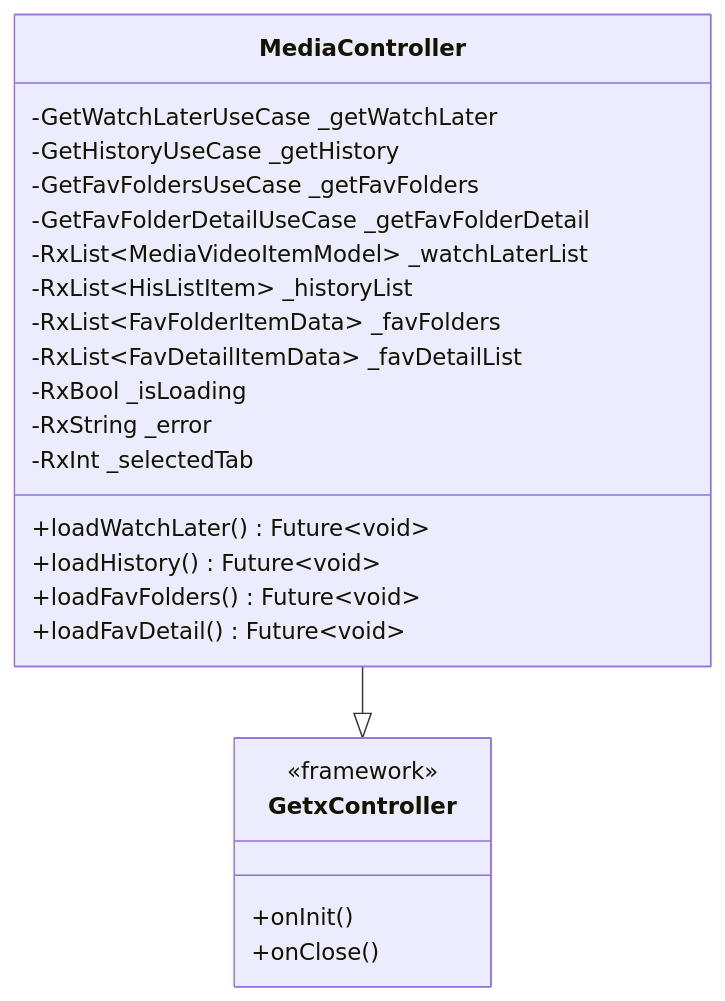
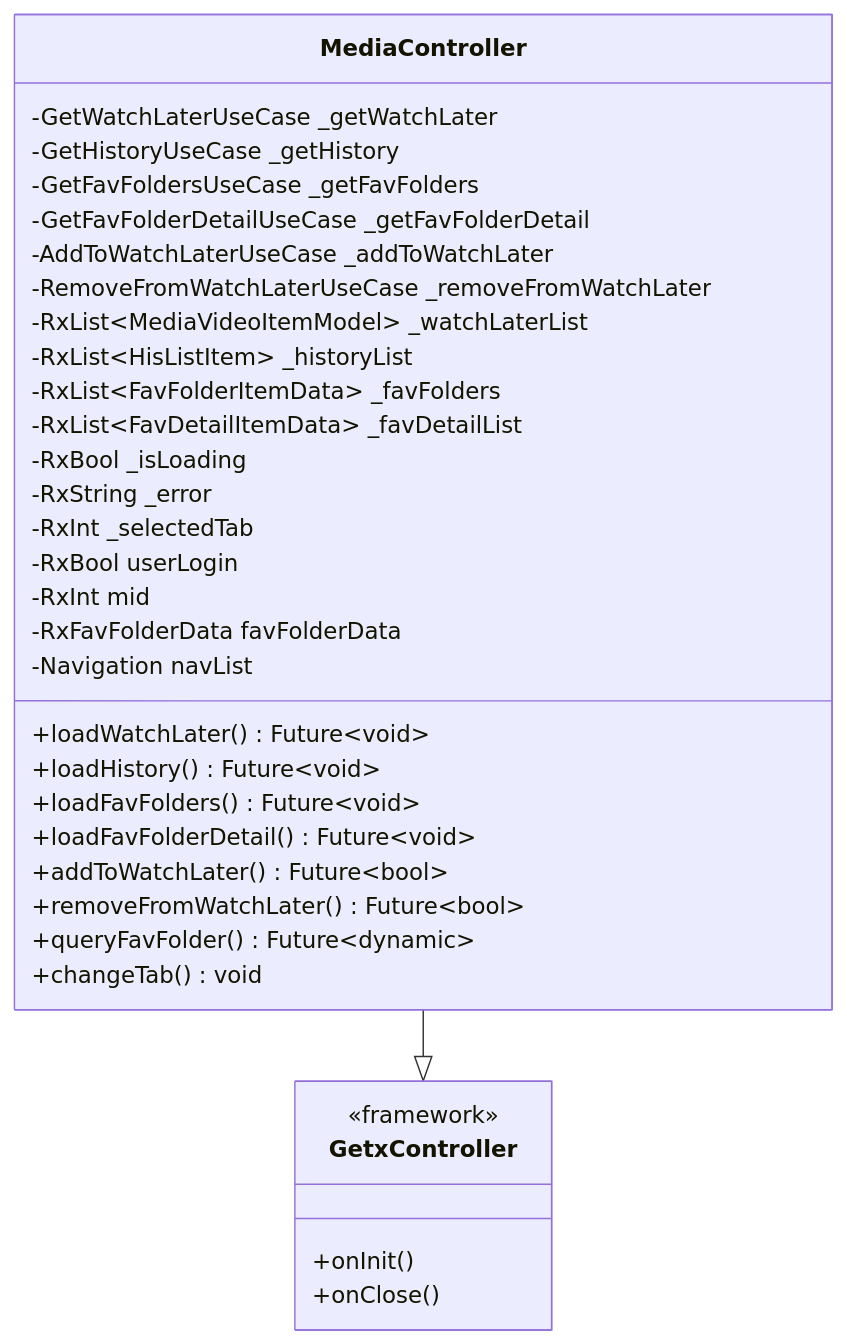
The ninth of 19 diagrams in .qoder/repowiki/zh/content/核心模块/功能模块/媒体管理模块.md (justLXX/pilipala), drawn with Mermaid before and after one commit. The commit also changed other lines of this file and 194 other files, not shown here.

````diff
--- a/.qoder/repowiki/zh/content/核心模块/功能模块/媒体管理模块.md
+++ b/.qoder/repowiki/zh/content/核心模块/功能模块/媒体管理模块.md
@@ -291,26 +427,36 @@
 ```mermaid
 classDiagram
 class MediaController {
 -GetWatchLaterUseCase _getWatchLater
 -GetHistoryUseCase _getHistory
 -GetFavFoldersUseCase _getFavFolders
 -GetFavFolderDetailUseCase _getFavFolderDetail
+-AddToWatchLaterUseCase _addToWatchLater
+-RemoveFromWatchLaterUseCase _removeFromWatchLater
 -RxList~MediaVideoItemModel~ _watchLaterList
 -RxList~HisListItem~ _historyList
 -RxList~FavFolderItemData~ _favFolders
 -RxList~FavDetailItemData~ _favDetailList
 -RxBool _isLoading
 -RxString _error
 -RxInt _selectedTab
+-RxBool userLogin
+-RxInt mid
+-RxFavFolderData favFolderData
+-Navigation navList
 +loadWatchLater() Future~void~
 +loadHistory() Future~void~
 +loadFavFolders() Future~void~
-+loadFavDetail() Future~void~
++loadFavFolderDetail() Future~void~
++addToWatchLater() Future~bool~
++removeFromWatchLater() Future~bool~
++queryFavFolder() Future~dynamic~
++changeTab() void
 }
 class GetxController {
 <<framework>>
 +onInit()
 +onClose()
 }
 MediaController --|> GetxController
 ```
````
